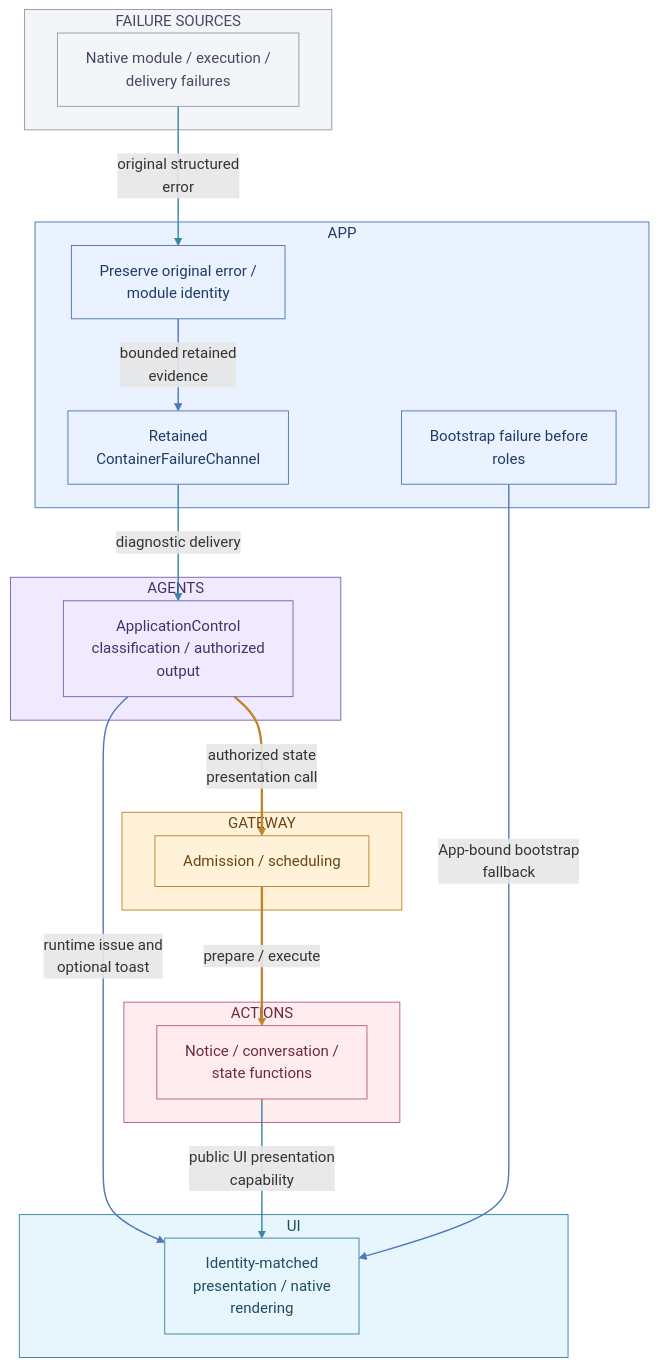
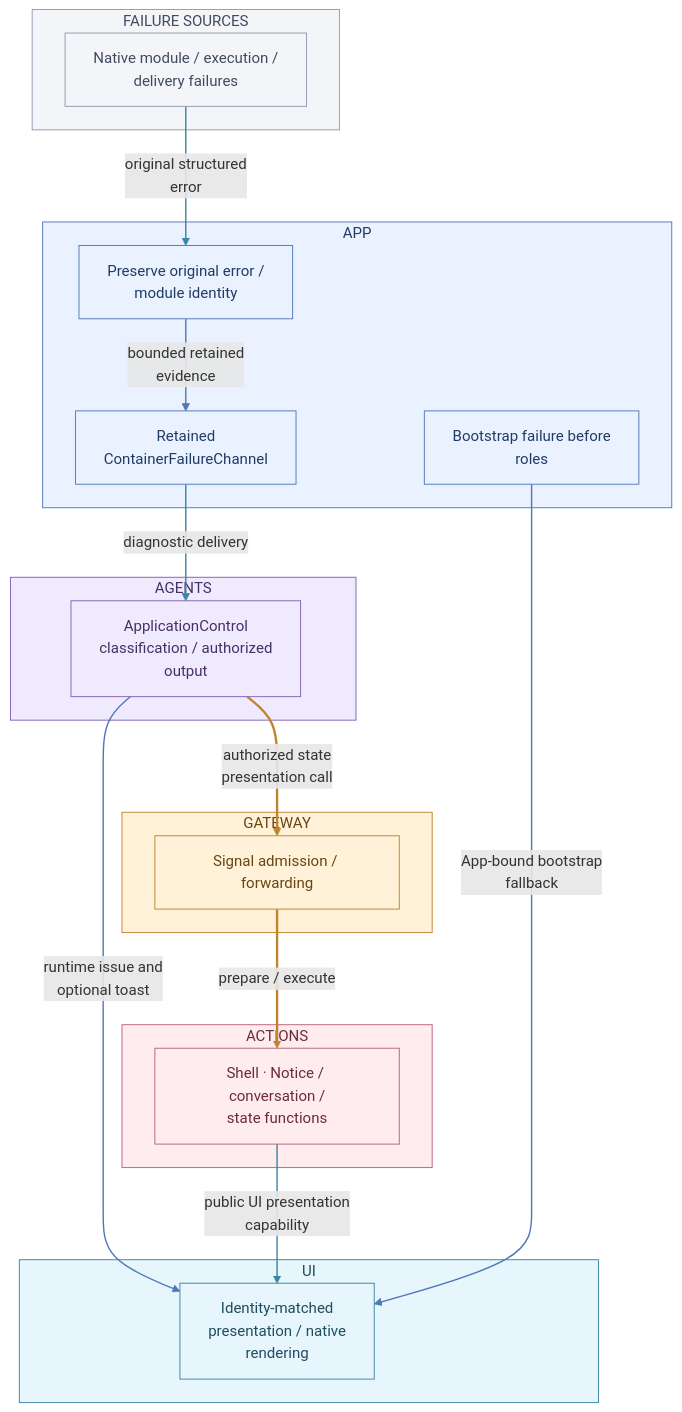
Diagram 26 of 27 in MobileHarness/README.md (devilyouwei/MobileHarness), drawn with Mermaid before and after one commit. The commit also changed other lines of this file and 4 other files, not shown here.

First line of the commit message:
docs: align READMEs and diagrams with Gateway/Actions separation

````diff
--- a/MobileHarness/README.md
+++ b/MobileHarness/README.md
@@ -1620,51 +1637,51 @@
 ```mermaid
 flowchart TB
     subgraph Sources["FAILURE SOURCES"]
         Failure["Native module / execution /<br/>delivery failures"]:::neutral
     end
     style Sources fill:#f4f5f8,stroke:#939bad,color:#414b60
     subgraph Host["APP"]
         App["Preserve original error /<br/>module identity"]:::host
         Channel["Retained<br/>ContainerFailureChannel"]:::host
         Bootstrap["Bootstrap failure before<br/>roles"]:::host
     end
     style Host fill:#eaf2ff,stroke:#5078b8,color:#203b64
     subgraph Cognition["AGENTS"]
         A["ApplicationControl<br/>classification / authorized<br/>output"]:::agent
     end
     style Cognition fill:#f0eaff,stroke:#8261b5,color:#463065
     subgraph Coordination["GATEWAY"]
-        G["Admission / scheduling"]:::gateway
+        G["Signal admission / forwarding"]:::gateway
     end
     style Coordination fill:#fff2d9,stroke:#bf842c,color:#694511
     subgraph Execution["ACTIONS"]
-        X["Notice / conversation /<br/>state functions"]:::action
+        X["Shell · Notice / conversation /<br/>state functions"]:::action
     end
     style Execution fill:#ffecef,stroke:#b86178,color:#6b2b3d
     subgraph Display["UI"]
         UI["Identity-matched<br/>presentation / native<br/>rendering"]:::ui
     end
     style Display fill:#e7f6fc,stroke:#3985a4,color:#1f4c60
     Failure -->|"original structured<br/>error"| App
     App -->|"bounded retained<br/>evidence"| Channel
     Channel -->|"diagnostic delivery"| A
     A -->|"runtime issue and<br/>optional toast"| UI
     A -->|"authorized state<br/>presentation call"| G
     G ==>|"prepare / execute"| X
     X ==>|"public UI presentation<br/>capability"| UI
     Bootstrap -->|"App-bound bootstrap<br/>fallback"| UI
     classDef action fill:#ffecef,stroke:#b86178,color:#6b2b3d
     classDef agent fill:#f0eaff,stroke:#8261b5,color:#463065
     classDef gateway fill:#fff2d9,stroke:#bf842c,color:#694511
     classDef host fill:#eaf2ff,stroke:#5078b8,color:#203b64
     classDef neutral fill:#f4f5f8,stroke:#939bad,color:#414b60
     classDef ui fill:#e7f6fc,stroke:#3985a4,color:#1f4c60
     linkStyle 0 stroke:#3985a4,stroke-width:1.5px
     linkStyle 1 stroke:#5078b8,stroke-width:1.5px
     linkStyle 2 stroke:#3985a4,stroke-width:1.5px
     linkStyle 3 stroke:#5078b8,stroke-width:1.5px
     linkStyle 4 stroke:#bf842c,stroke-width:2.5px
     linkStyle 5 stroke:#bf842c,stroke-width:2.5px
     linkStyle 6 stroke:#3985a4,stroke-width:1.5px
     linkStyle 7 stroke:#5078b8,stroke-width:1.5px
 ```
````
